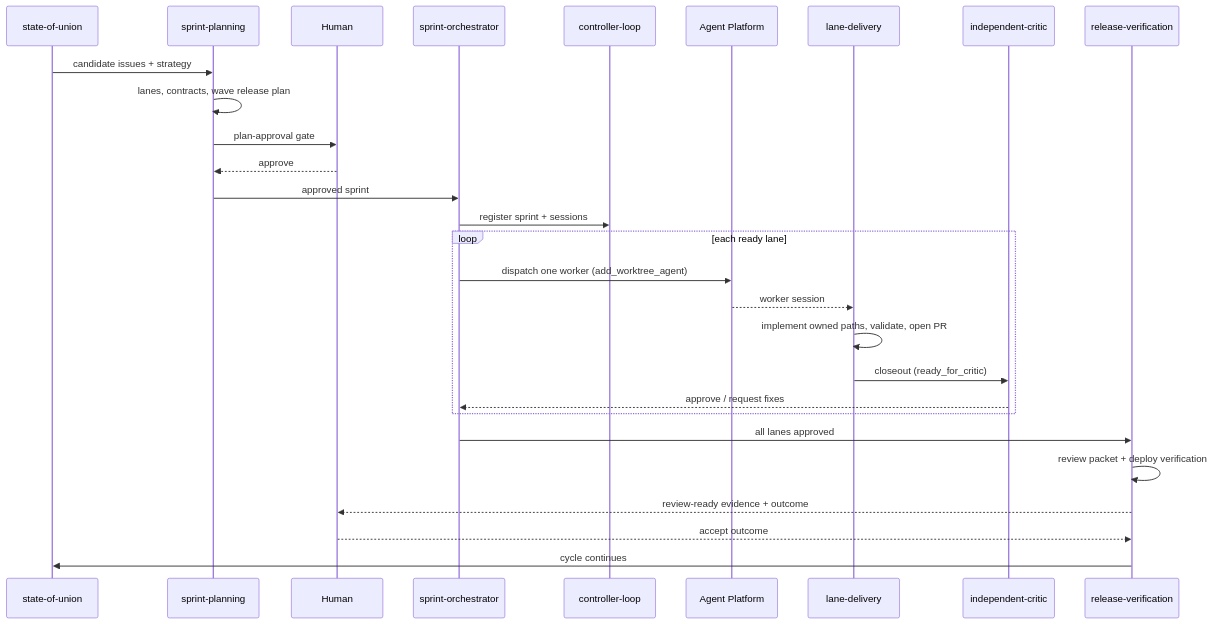
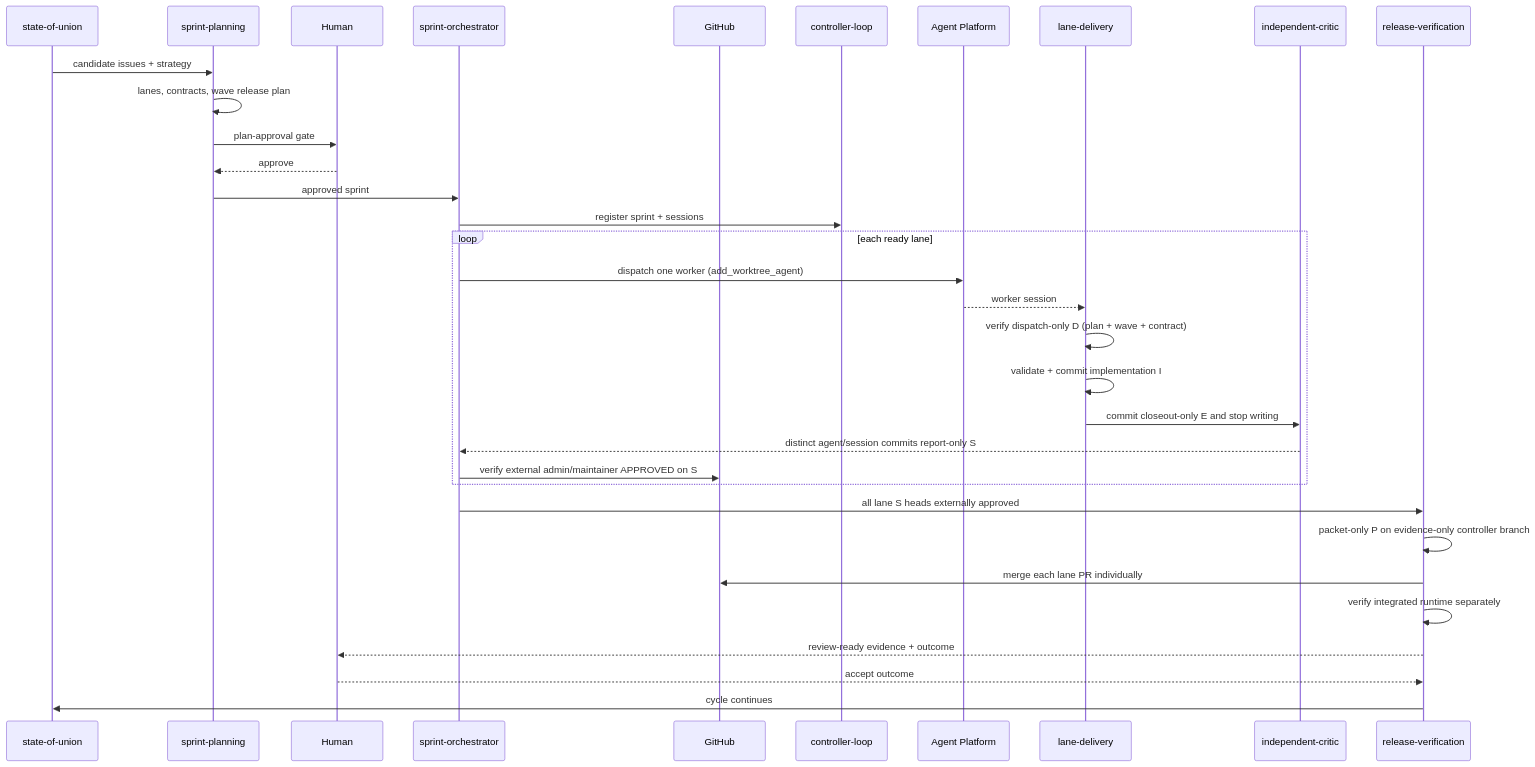
One commit to VerdifyConsultancy/verdify-skills changed the second of 5 diagrams in docs/skills/sequences.md. Above: the diagram before and after it, drawn with Mermaid. The commit also changed 98 other files, not shown here.

Commit message:
fix(verdify): enforce exact lane review evidence chain

````diff
--- a/docs/skills/sequences.md
+++ b/docs/skills/sequences.md
@@ -39,30 +39,35 @@
 ```mermaid
 sequenceDiagram
     participant SU as state-of-union
     participant SP as sprint-planning
     participant H as Human
     participant SO as sprint-orchestrator
+    participant GH as GitHub
     participant CL as controller-loop
     participant AP as Agent Platform
     participant LD as lane-delivery
     participant IC as independent-critic
     participant RV as release-verification
     SU->>SP: candidate issues + strategy
     SP->>SP: lanes, contracts, wave release plan
     SP->>H: plan-approval gate
     H-->>SP: approve
     SP->>SO: approved sprint
     SO->>CL: register sprint + sessions
     loop each ready lane
         SO->>AP: dispatch one worker (add_worktree_agent)
         AP-->>LD: worker session
-        LD->>LD: implement owned paths, validate, open PR
-        LD->>IC: closeout (ready_for_critic)
-        IC-->>SO: approve / request fixes
+        LD->>LD: verify dispatch-only D (plan + wave + contract)
+        LD->>LD: validate + commit implementation I
+        LD->>IC: commit closeout-only E and stop writing
+        IC-->>SO: distinct agent/session commits report-only S
+        SO->>GH: verify external admin/maintainer APPROVED on S
     end
-    SO->>RV: all lanes approved
-    RV->>RV: review packet + deploy verification
+    SO->>RV: all lane S heads externally approved
+    RV->>RV: packet-only P on evidence-only controller branch
+    RV->>GH: merge each lane PR individually
+    RV->>RV: verify integrated runtime separately
     RV-->>H: review-ready evidence + outcome
     H-->>RV: accept outcome
     RV->>SU: cycle continues
 ```
````
